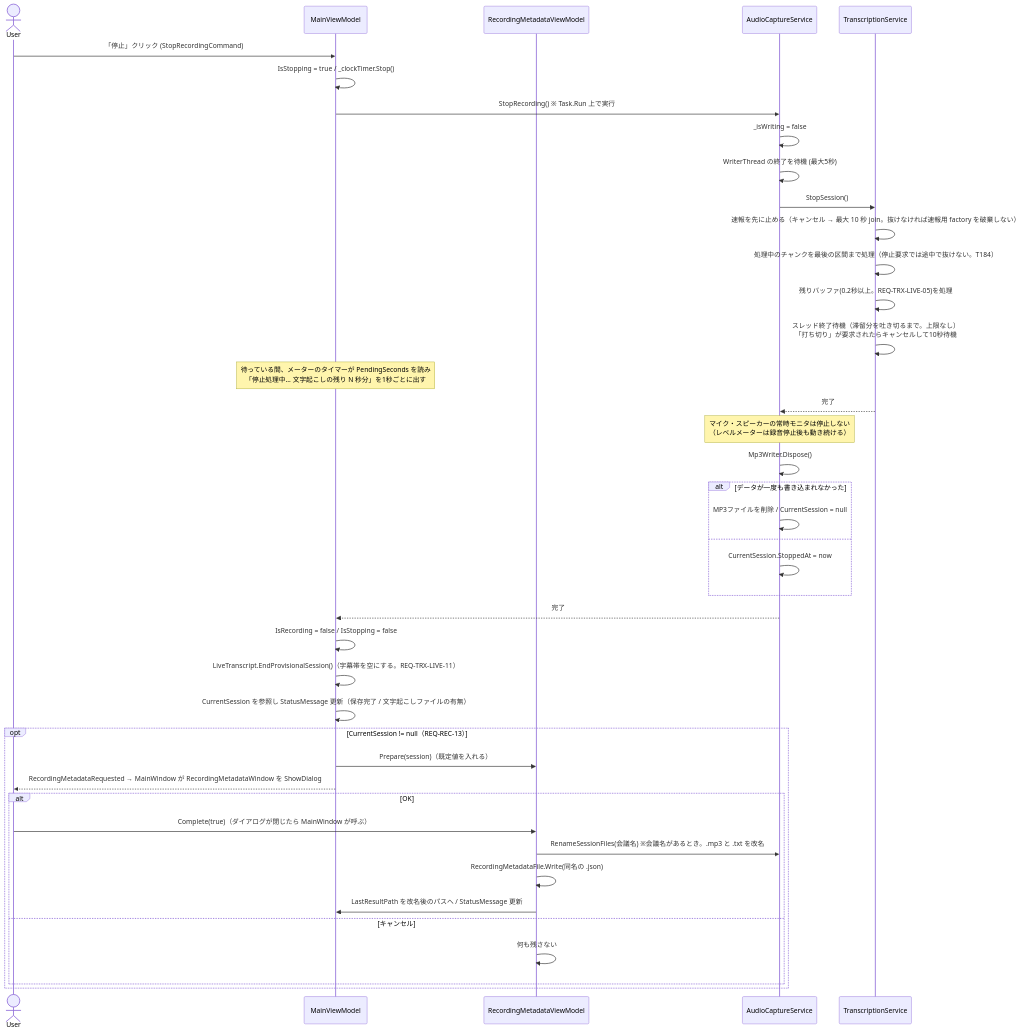
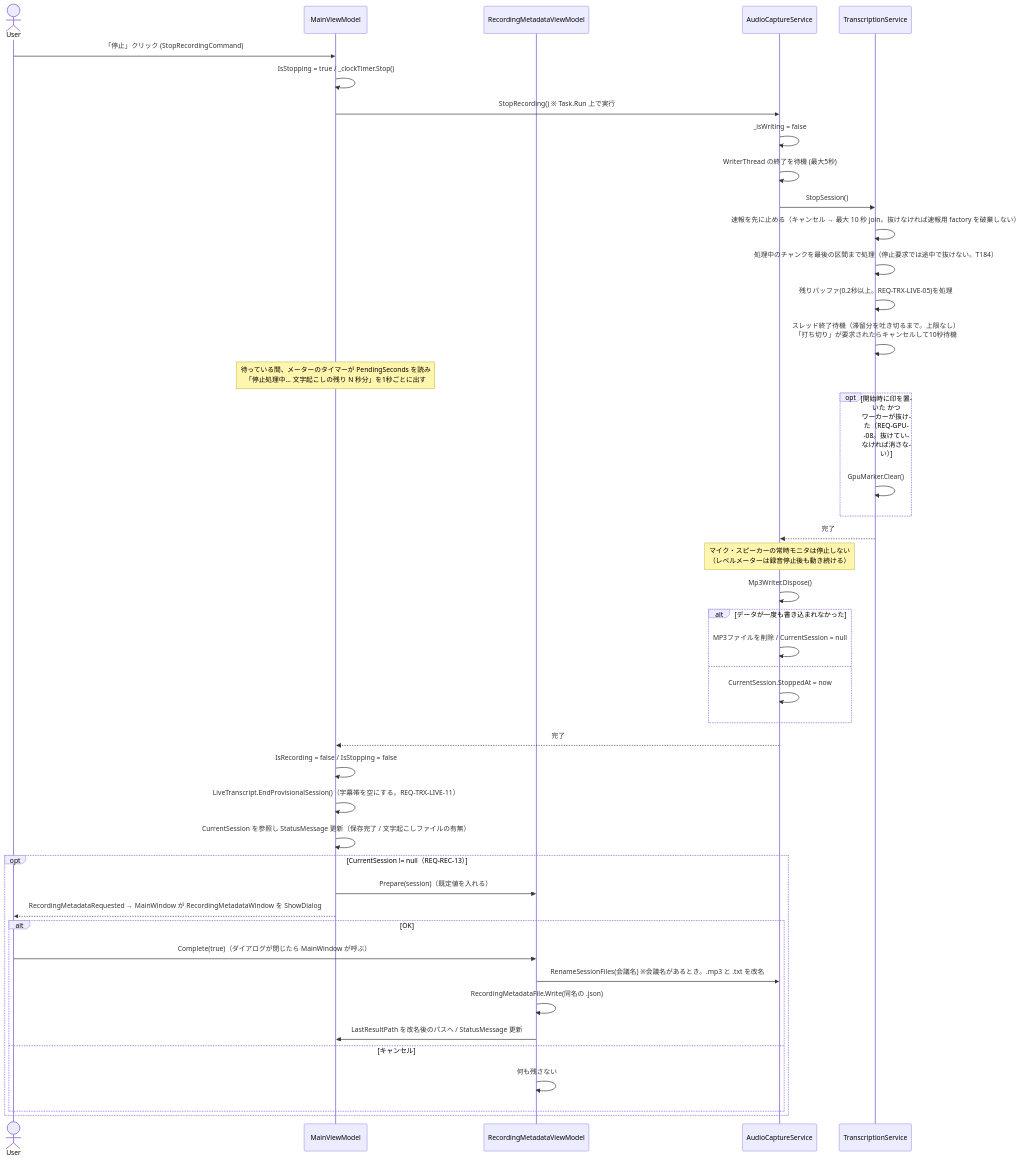
One commit to otomac/audio-capture-app changed the fourth of 9 diagrams in docs/spec/04_sequence_diagram.md. Above: the diagram before and after it, drawn with Mermaid. The commit also changed other lines of this file and 16 other files, not shown here.

````diff
--- a/docs/spec/04_sequence_diagram.md
+++ b/docs/spec/04_sequence_diagram.md
@@ -145,48 +162,51 @@
 ```mermaid
 sequenceDiagram
     actor User
     participant VM as MainViewModel
     participant RMVM as RecordingMetadataViewModel
     participant ACS as AudioCaptureService
     participant TS as TranscriptionService
 
     User->>VM: 「停止」クリック (StopRecordingCommand)
     VM->>VM: IsStopping = true / _clockTimer.Stop()
     VM->>ACS: StopRecording() ※ Task.Run 上で実行
 
     ACS->>ACS: _isWriting = false
     ACS->>ACS: WriterThread の終了を待機 (最大5秒)
     ACS->>TS: StopSession()
     TS->>TS: 速報を先に止める（キャンセル → 最大 10 秒 join。抜けなければ速報用 factory を破棄しない）
     TS->>TS: 処理中のチャンクを最後の区間まで処理（停止要求では途中で抜けない。T184）
     TS->>TS: 残りバッファ(0.2秒以上。REQ-TRX-LIVE-05)を処理
     TS->>TS: スレッド終了待機（滞留分を吐き切るまで。上限なし）<br/>「打ち切り」が要求されたらキャンセルして10秒待機
     Note over VM: 待っている間、メーターのタイマーが PendingSeconds を読み<br/>「停止処理中... 文字起こしの残り N 秒分」を1秒ごとに出す
+    opt 開始時に印を置いた かつ ワーカーが抜けた（REQ-GPU-08。抜けていなければ消さない）
+        TS->>TS: GpuMarker.Clear()
+    end
     TS-->>ACS: 完了
 
     Note over ACS: マイク・スピーカーの常時モニタは停止しない<br/>（レベルメーターは録音停止後も動き続ける）
     ACS->>ACS: Mp3Writer.Dispose()
     alt データが一度も書き込まれなかった
         ACS->>ACS: MP3ファイルを削除 / CurrentSession = null
     else
         ACS->>ACS: CurrentSession.StoppedAt = now
     end
     ACS-->>VM: 完了
 
     VM->>VM: IsRecording = false / IsStopping = false
     VM->>VM: LiveTranscript.EndProvisionalSession()（字幕帯を空にする。REQ-TRX-LIVE-11）
     VM->>VM: CurrentSession を参照し StatusMessage 更新（保存完了 / 文字起こしファイルの有無）
 
     opt CurrentSession != null（REQ-REC-13）
         VM->>RMVM: Prepare(session)（既定値を入れる）
         VM-->>User: RecordingMetadataRequested → MainWindow が RecordingMetadataWindow を ShowDialog
         alt OK
             User->>RMVM: Complete(true)（ダイアログが閉じたら MainWindow が呼ぶ）
             RMVM->>ACS: RenameSessionFiles(会議名) ※会議名があるとき。.mp3 と .txt を改名
             RMVM->>RMVM: RecordingMetadataFile.Write(同名の .json)
             RMVM->>VM: LastResultPath を改名後のパスへ / StatusMessage 更新
         else キャンセル
             RMVM->>RMVM: 何も残さない
         end
     end
 ```
````
